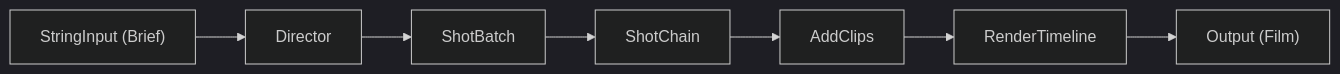
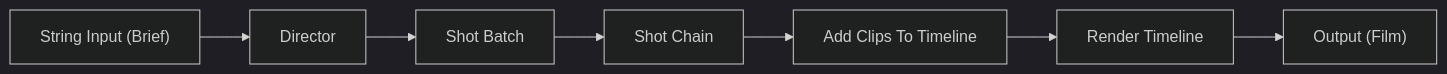
Before and after one commit to nodetool-ai/nodetool: the first of 8 diagrams in docs/cookbook/patterns.md, drawn with Mermaid (dark theme). The commit also changed other lines of this file and 2 other files, not shown here.

```diff
--- a/docs/cookbook/patterns.md
+++ b/docs/cookbook/patterns.md
@@ -25,11 +25,11 @@
 {% mermaid %}
 graph LR
-  brief["StringInput (Brief)"]
+  brief["String Input (Brief)"]
   dir["Director"]
-  batch["ShotBatch"]
-  chain["ShotChain"]
-  cut["AddClips"]
-  render["RenderTimeline"]
+  batch["Shot Batch"]
+  chain["Shot Chain"]
+  cut["Add Clips To Timeline"]
+  render["Render Timeline"]
   out["Output (Film)"]
   brief --> dir --> batch --> chain --> cut --> render --> out
 {% endmermaid %}
```
